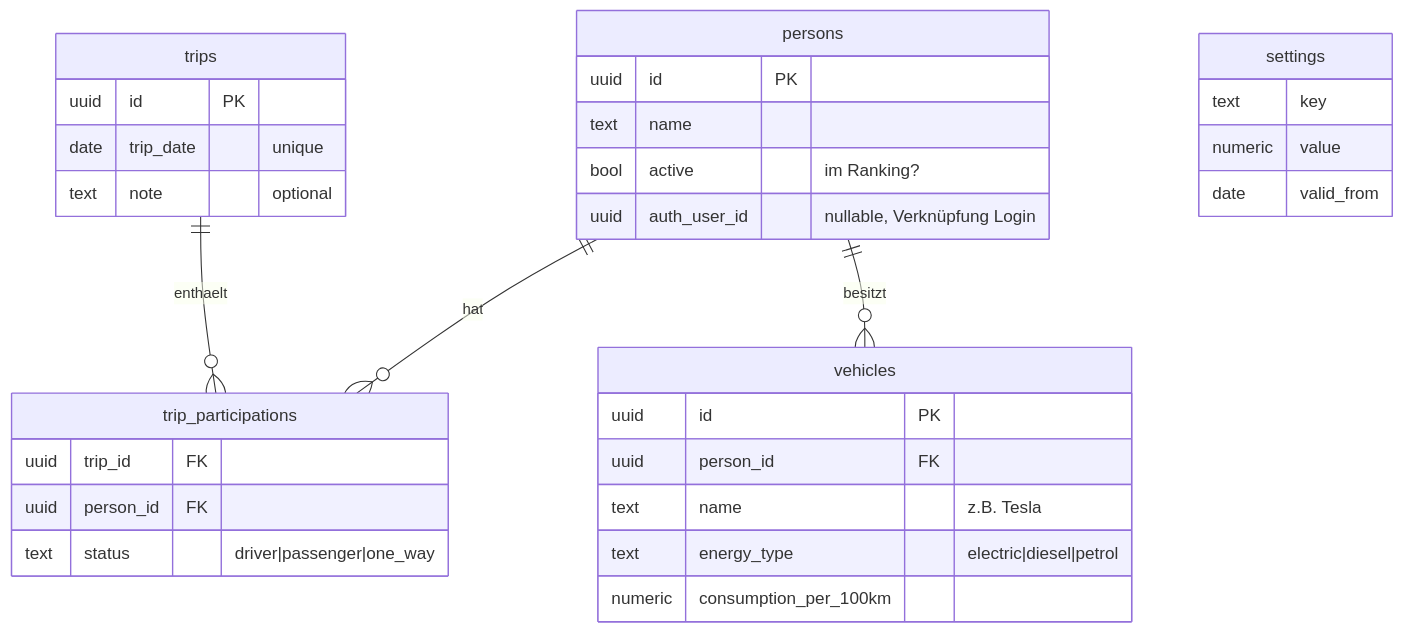
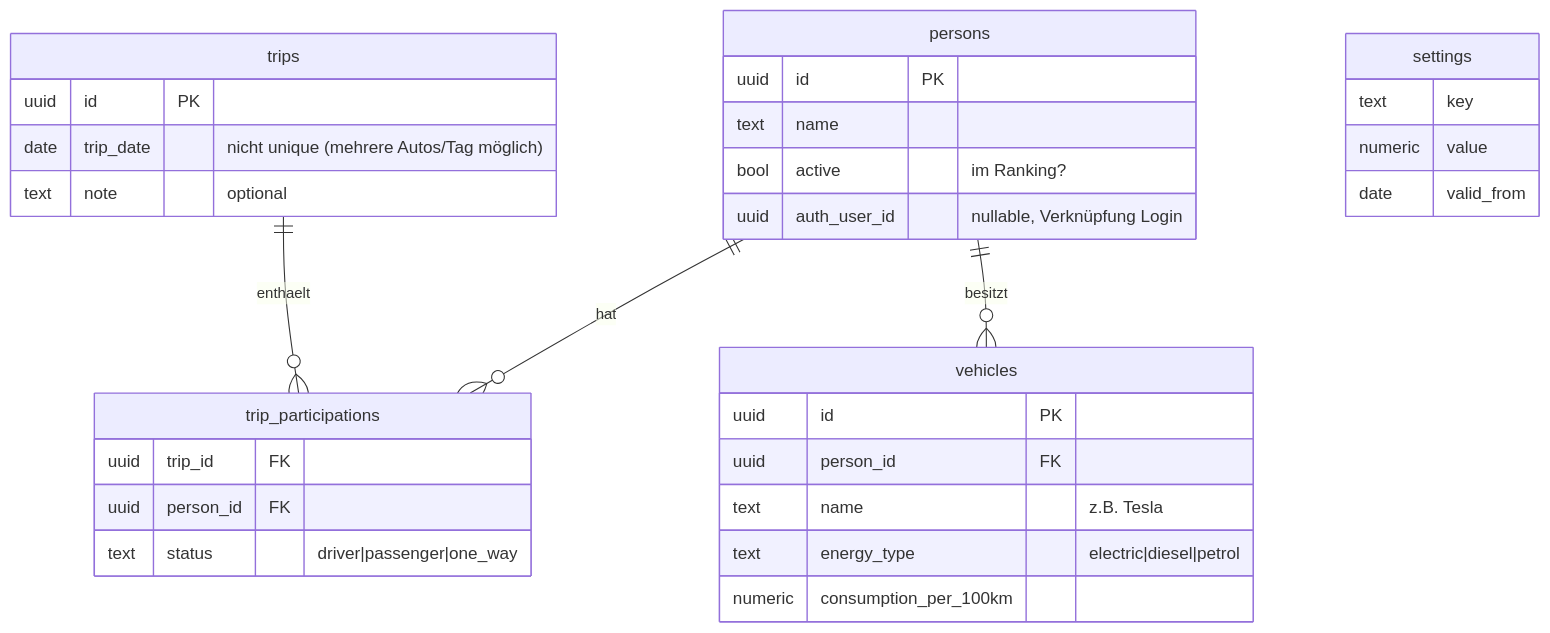
The diagram in KONZEPT.md (MacBuchi/MitFahrBar), drawn with Mermaid before and after one commit. The commit also changed other lines of this file and 9 other files, not shown here.

````diff
--- a/KONZEPT.md
+++ b/KONZEPT.md
@@ -79,34 +79,34 @@
 ```mermaid
 erDiagram
     persons ||--o{ trip_participations : hat
     trips ||--o{ trip_participations : enthaelt
     persons ||--o{ vehicles : besitzt
     persons {
         uuid id PK
         text name
         bool active "im Ranking?"
         uuid auth_user_id "nullable, Verknüpfung Login"
     }
     vehicles {
         uuid id PK
         uuid person_id FK
         text name "z.B. Tesla"
         text energy_type "electric|diesel|petrol"
         numeric consumption_per_100km
     }
     trips {
         uuid id PK
-        date trip_date "unique"
+        date trip_date "nicht unique (mehrere Autos/Tag möglich)"
         text note "optional"
     }
     trip_participations {
         uuid trip_id FK
         uuid person_id FK
         text status "driver|passenger|one_way"
     }
     settings {
         text key
         numeric value
         date valid_from
     }
 ```
````
